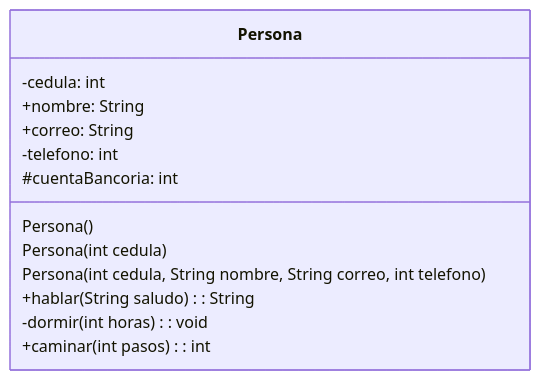
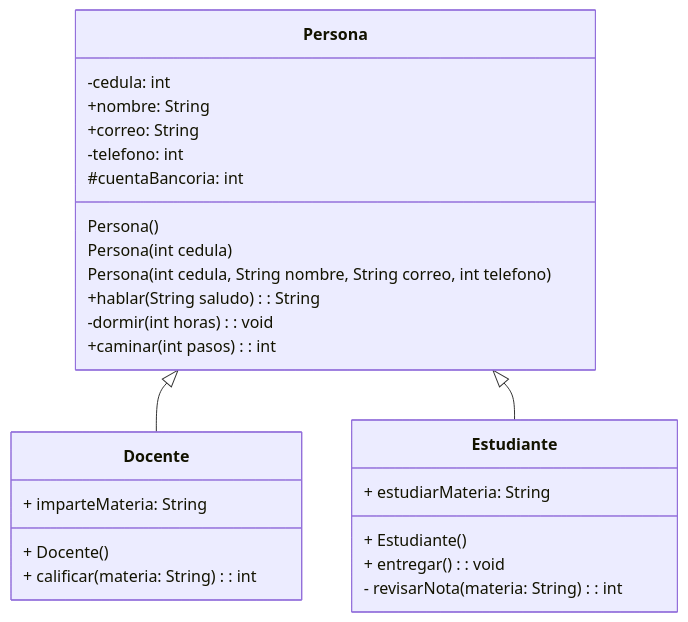
The second of 3 diagrams in demo/README.md (JeanRojas17/demo412), drawn with Mermaid before and after one commit. The commit also changed other lines of this file and 3 other files, not shown here.

Commit message:
Creando clases Docente y Estudiante, y actualización del README

````diff
--- a/demo/README.md
+++ b/demo/README.md
@@ -83,17 +101,35 @@
 ```mermaid
 classDiagram
 class Persona {
     -cedula: int
     +nombre: String
     +correo: String
     -telefono: int
     #cuentaBancoria: int
     
     Persona()
     Persona(int cedula)
     Persona(int cedula, String nombre, String correo, int telefono)
     +hablar(String saludo): String
     -dormir(int horas): void
     +caminar(int pasos): int
 }
+
+class Docente {
+    + imparteMateria: String
+    
+    + Docente()
+    + calificar(materia: String): int
+}
+
+class Estudiante {
+    + estudiarMateria: String
+    
+    + Estudiante()
+    + entregar(): void
+    - revisarNota(materia: String): int
+}
+
+Persona <|-- Docente
+Persona <|-- Estudiante
 ```
````
